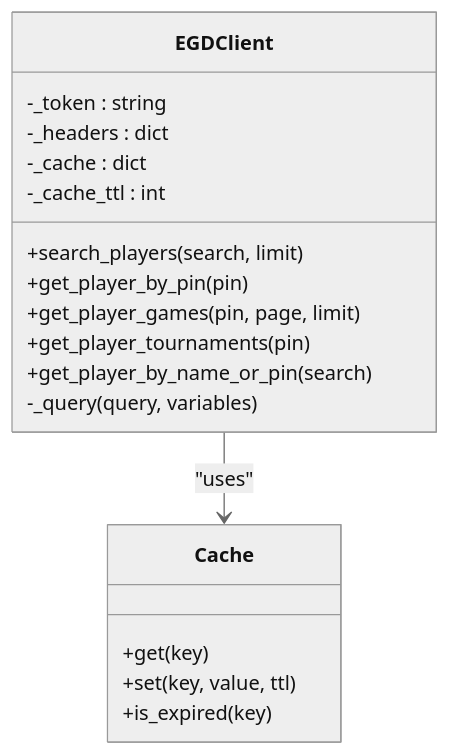
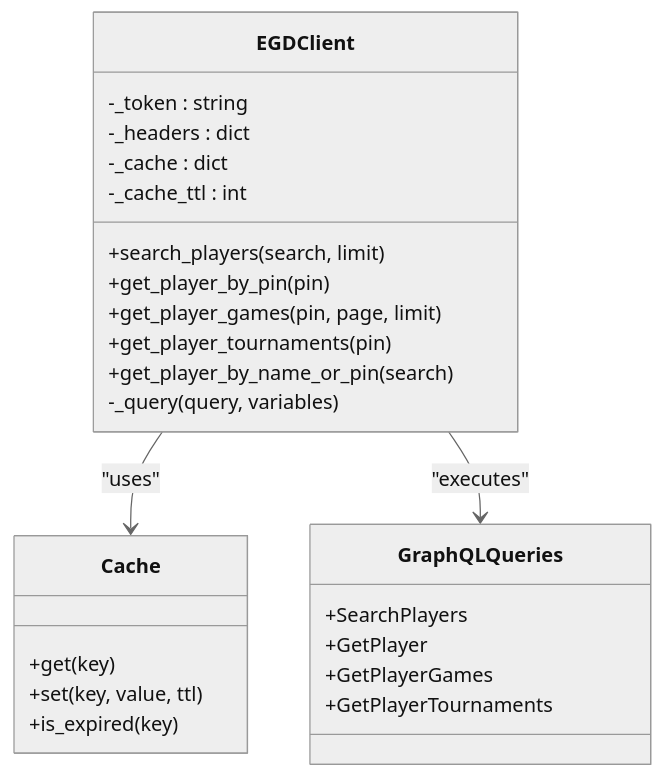
Before and after one commit to Ragnar1999/GoNow: the fourth of 7 diagrams in .qoder/repowiki/en/content/Architecture Guide/Architecture Guide.md, drawn with Mermaid (neutral theme). The commit also changed other lines of this file and 10 other files, not shown here.

````diff
--- a/.qoder/repowiki/en/content/Architecture Guide/Architecture Guide.md
+++ b/.qoder/repowiki/en/content/Architecture Guide/Architecture Guide.md
@@ -290,21 +204,28 @@
 ```mermaid
 classDiagram
 class EGDClient {
 -_token : string
 -_headers : dict
 -_cache : dict
 -_cache_ttl : int
 +search_players(search, limit)
 +get_player_by_pin(pin)
 +get_player_games(pin, page, limit)
 +get_player_tournaments(pin)
 +get_player_by_name_or_pin(search)
 -_query(query, variables)
 }
 class Cache {
 +get(key)
 +set(key, value, ttl)
 +is_expired(key)
 }
+class GraphQLQueries {
++SearchPlayers
++GetPlayer
++GetPlayerGames
++GetPlayerTournaments
+}
 EGDClient --> Cache : "uses"
+EGDClient --> GraphQLQueries : "executes"
 ```
````
